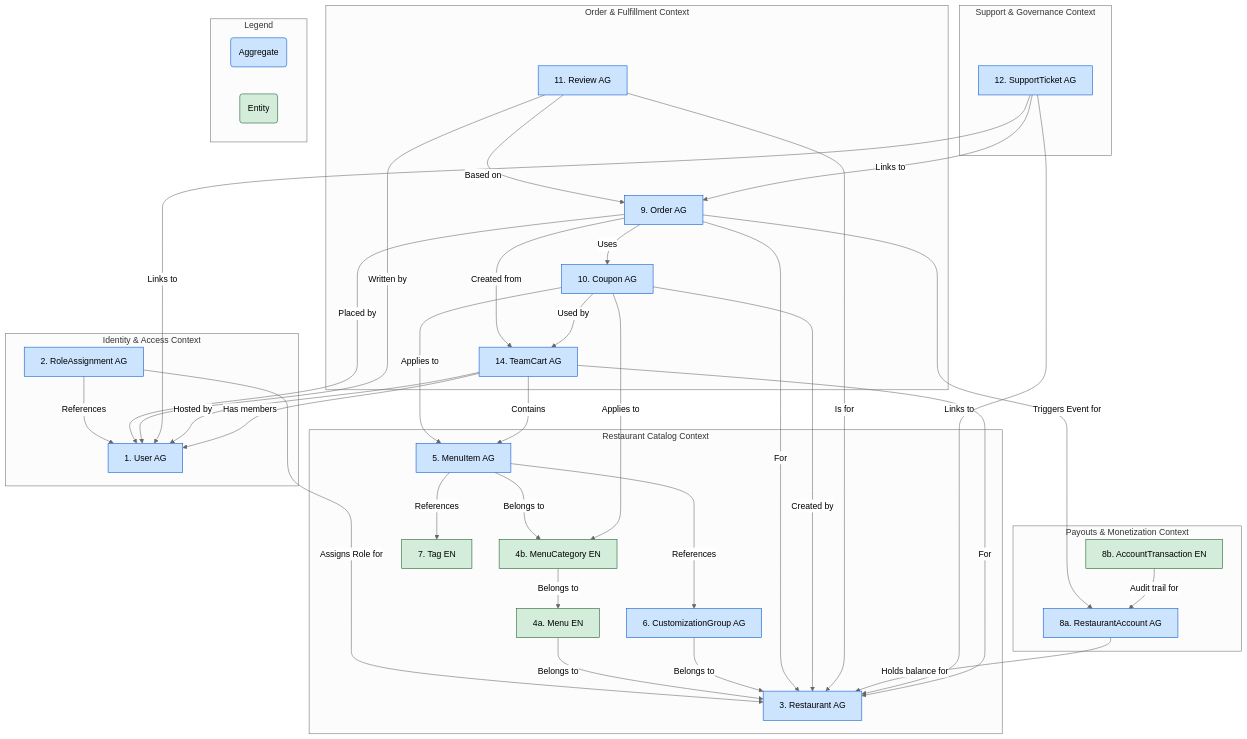
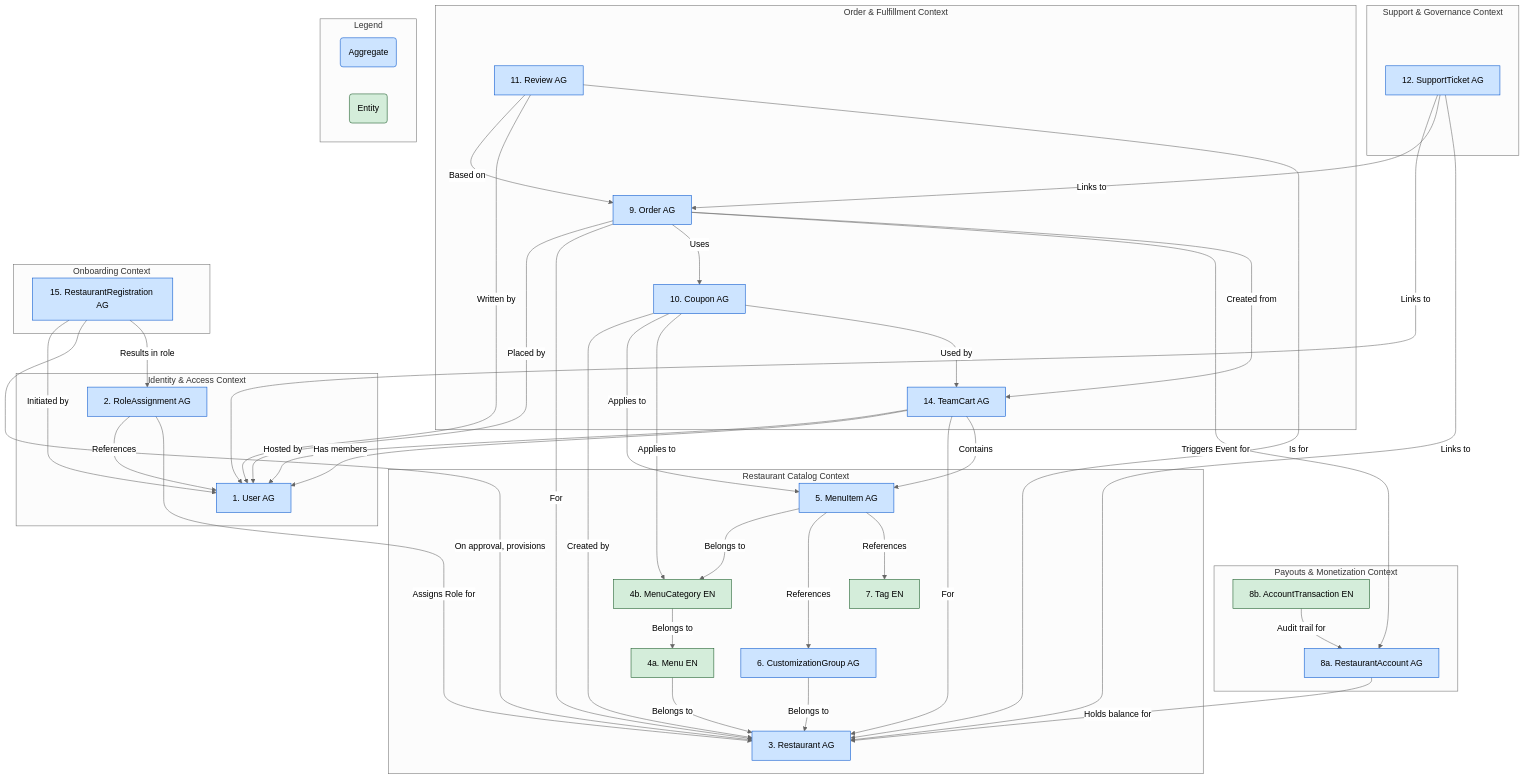
The diagram in Docs/Architecture/Domain_Design.md (hoangvu1420/YummyZoom), drawn with Mermaid (neutral theme) before and after one commit. The commit also changed other lines of this file and 4 other files, not shown here.

````diff
--- a/Docs/Architecture/Domain_Design.md
+++ b/Docs/Architecture/Domain_Design.md
@@ -436,6 +485,10 @@
     
     subgraph Support & Governance Context
         ST[12. SupportTicket AG]
+    end
+
+    subgraph Onboarding Context
+        RR[15. RestaurantRegistration AG]
     end
 
     %% Legend
@@ -485,6 +538,10 @@
     TC -- Has members --> U
     TC -- For --> R
     TC -- Contains --> MenuItem
+
+    RR -- Initiated by --> U
+    RR -- On approval, provisions --> R
+    RR -- Results in role --> RA
     
     %% Styling
     style U fill:#cde4ff,stroke:#0052cc
@@ -502,4 +559,5 @@
     style AccTrans fill:#d4edda,stroke:#155724
     style ST fill:#cde4ff,stroke:#0052cc
     style TC fill:#cde4ff,stroke:#0052cc
+    style RR fill:#cde4ff,stroke:#0052cc
 ```
````
